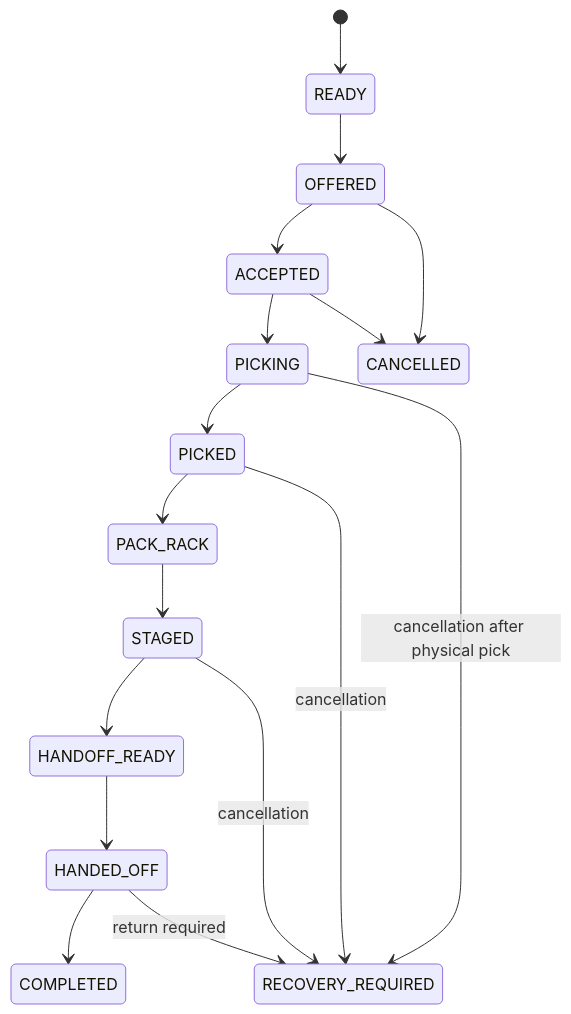
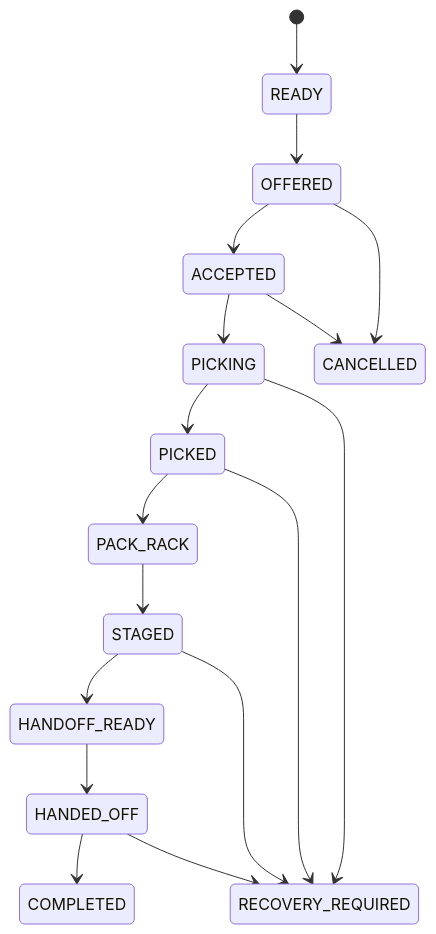
One commit to obieda-hussien/sass changed the second of 5 diagrams in docs/WORKFLOWS.md. Above: the diagram before and after it, drawn with Mermaid. The commit also changed other lines of this file, not shown here.

Commit message:
docs(workflows): document v0.4 warehouse and workforce flows

````diff
--- a/docs/WORKFLOWS.md
+++ b/docs/WORKFLOWS.md
@@ -24,20 +36,20 @@
 ```mermaid
 stateDiagram-v2
   [*] --> READY
   READY --> OFFERED
   OFFERED --> ACCEPTED
   ACCEPTED --> PICKING
   PICKING --> PICKED
   PICKED --> PACK_RACK
   PACK_RACK --> STAGED
   STAGED --> HANDOFF_READY
   HANDOFF_READY --> HANDED_OFF
   HANDED_OFF --> COMPLETED
 
   OFFERED --> CANCELLED
   ACCEPTED --> CANCELLED
-  PICKING --> RECOVERY_REQUIRED: cancellation after physical pick
-  PICKED --> RECOVERY_REQUIRED: cancellation
-  STAGED --> RECOVERY_REQUIRED: cancellation
-  HANDED_OFF --> RECOVERY_REQUIRED: return required
+  PICKING --> RECOVERY_REQUIRED
+  PICKED --> RECOVERY_REQUIRED
+  STAGED --> RECOVERY_REQUIRED
+  HANDED_OFF --> RECOVERY_REQUIRED
 ```
````
